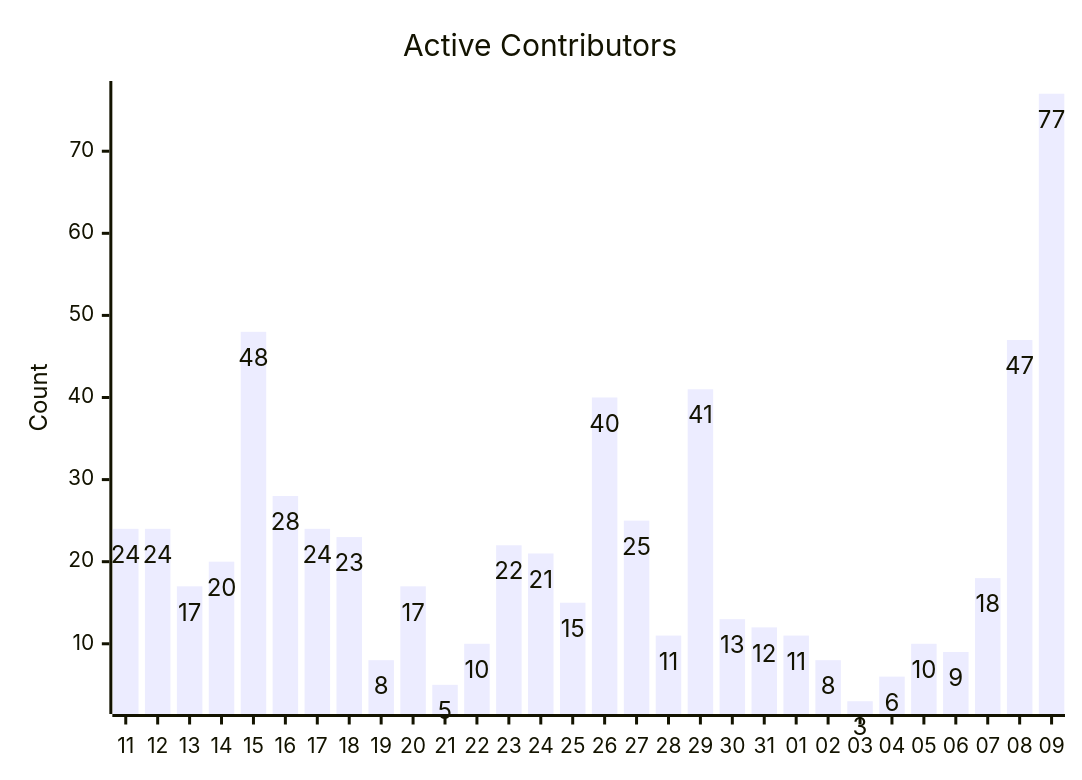
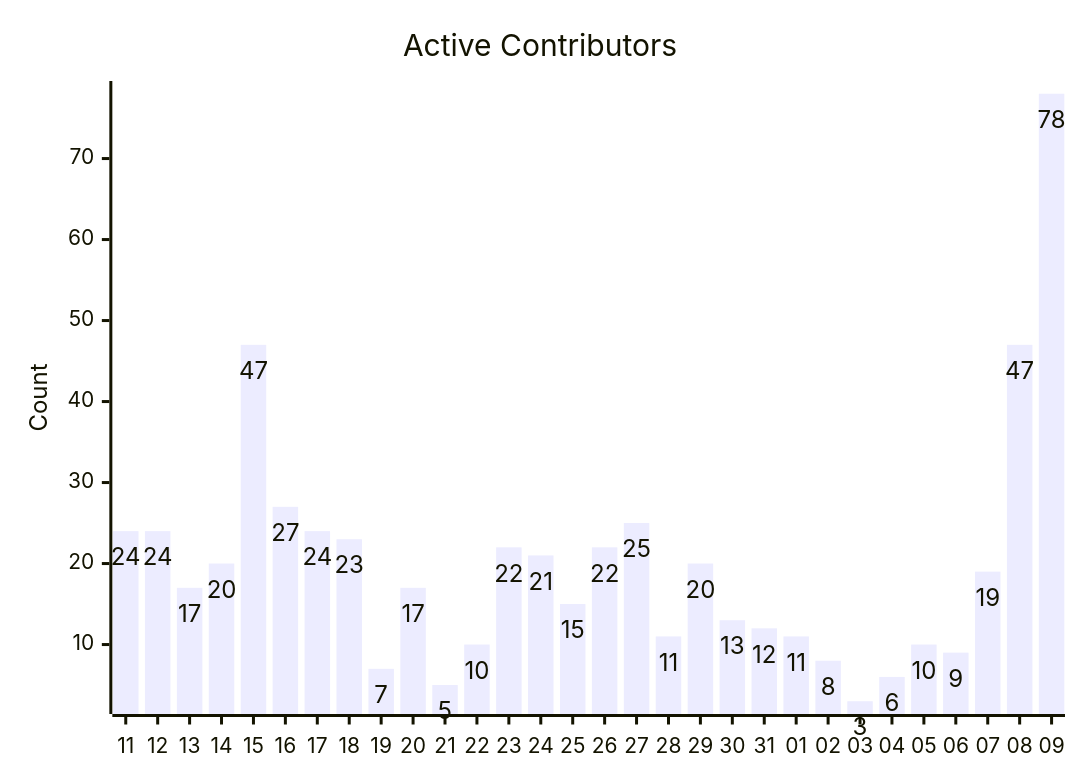
One commit to cocosheng-g/gemini-cli changed the fifth of 7 diagrams in triage/CONTRIBUTION_METRICS.md. Above: the diagram before and after it, drawn with Mermaid. The commit also changed other lines of this file, not shown here.

````diff
--- a/triage/CONTRIBUTION_METRICS.md
+++ b/triage/CONTRIBUTION_METRICS.md
@@ -100,12 +100,12 @@
 ```mermaid
 ---
 config:
   xyChart:
     showDataLabel: true
 ---
 xychart-beta
     title "Active Contributors"
     x-axis ["11", "12​", "13​​", "14​​​", "15​​​​", "16​​​​​", "17​​​​​​", "18​​​​​​​", "19​​​​​​​​", "20​​​​​​​​​", "21​​​​​​​​​​", "22​​​​​​​​​​​", "23​​​​​​​​​​​​", "24​​​​​​​​​​​​​", "25​​​​​​​​​​​​​​", "26​​​​​​​​​​​​​​​", "27​​​​​​​​​​​​​​​​", "28​​​​​​​​​​​​​​​​​", "29​​​​​​​​​​​​​​​​​​", "30​​​​​​​​​​​​​​​​​​​", "31​​​​​​​​​​​​​​​​​​​​", "01​​​​​​​​​​​​​​​​​​​​​", "02​​​​​​​​​​​​​​​​​​​​​​", "03​​​​​​​​​​​​​​​​​​​​​​​", "04​​​​​​​​​​​​​​​​​​​​​​​​", "05​​​​​​​​​​​​​​​​​​​​​​​​​", "06​​​​​​​​​​​​​​​​​​​​​​​​​​", "07​​​​​​​​​​​​​​​​​​​​​​​​​​​", "08​​​​​​​​​​​​​​​​​​​​​​​​​​​​", "09​​​​​​​​​​​​​​​​​​​​​​​​​​​​​"]
     y-axis "Count"
-    bar [24, 24, 17, 20, 48, 28, 24, 23, 8, 17, 5, 10, 22, 21, 15, 40, 25, 11, 41, 13, 12, 11, 8, 3, 6, 10, 9, 18, 47, 77]
+    bar [24, 24, 17, 20, 47, 27, 24, 23, 7, 17, 5, 10, 22, 21, 15, 22, 25, 11, 20, 13, 12, 11, 8, 3, 6, 10, 9, 19, 47, 78]
 ```
````
